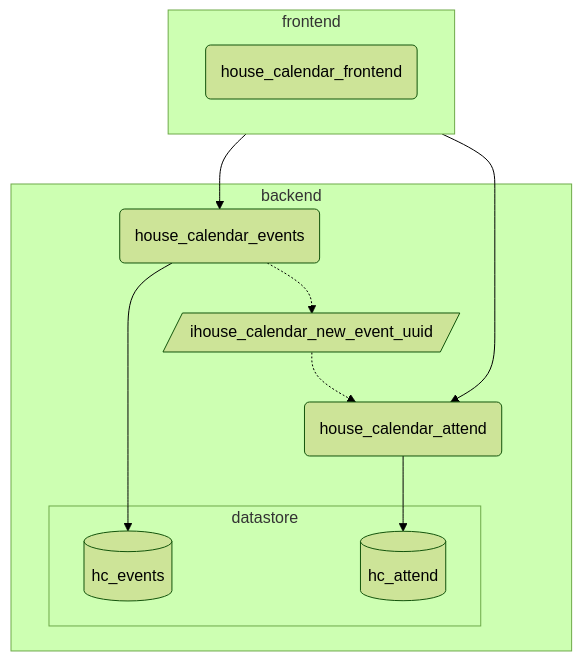
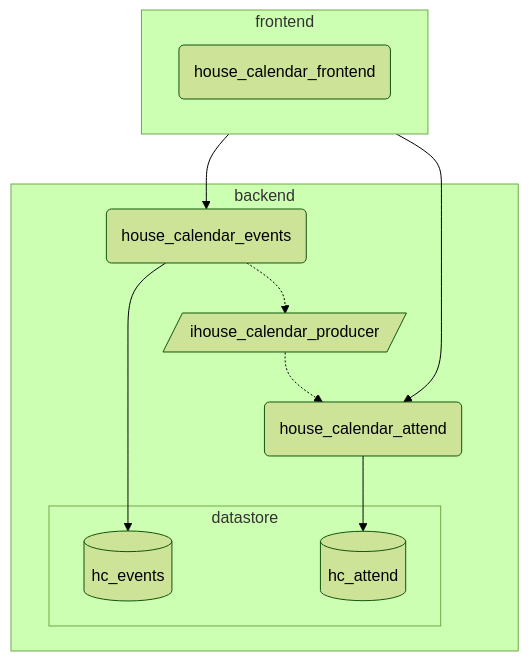
The diagram in README.md (howaboutudance/house-calendar-api), drawn with Mermaid (forest theme) before and after one commit. The commit also changed other lines of this file and 1 other file, not shown here.

````diff
--- a/README.md
+++ b/README.md
@@ -67,21 +67,21 @@
 ```mermaid
 flowchart TB
     subgraph frontend
     direction LR
     C(house_calendar_frontend)
     end
     C--> A & B
     subgraph backend
     A(house_calendar_events) & B(house_calendar_attend)
     subgraph datastore
         p[(hc_events)] & m[(hc_attend)]
     end
     A --> p
     B --> m
-    A -.-> k[/ihouse_calendar_new_event_uuid/] -.->B;
+    A -.-> k[/ihouse_calendar_producer/] -.->B;
     end
 
 
     click A "https://github.com/howaboutudance/house-calendar-events"
     click C "https://github.com/howaboutudance/house-calendar-frontend"
 ```
````
